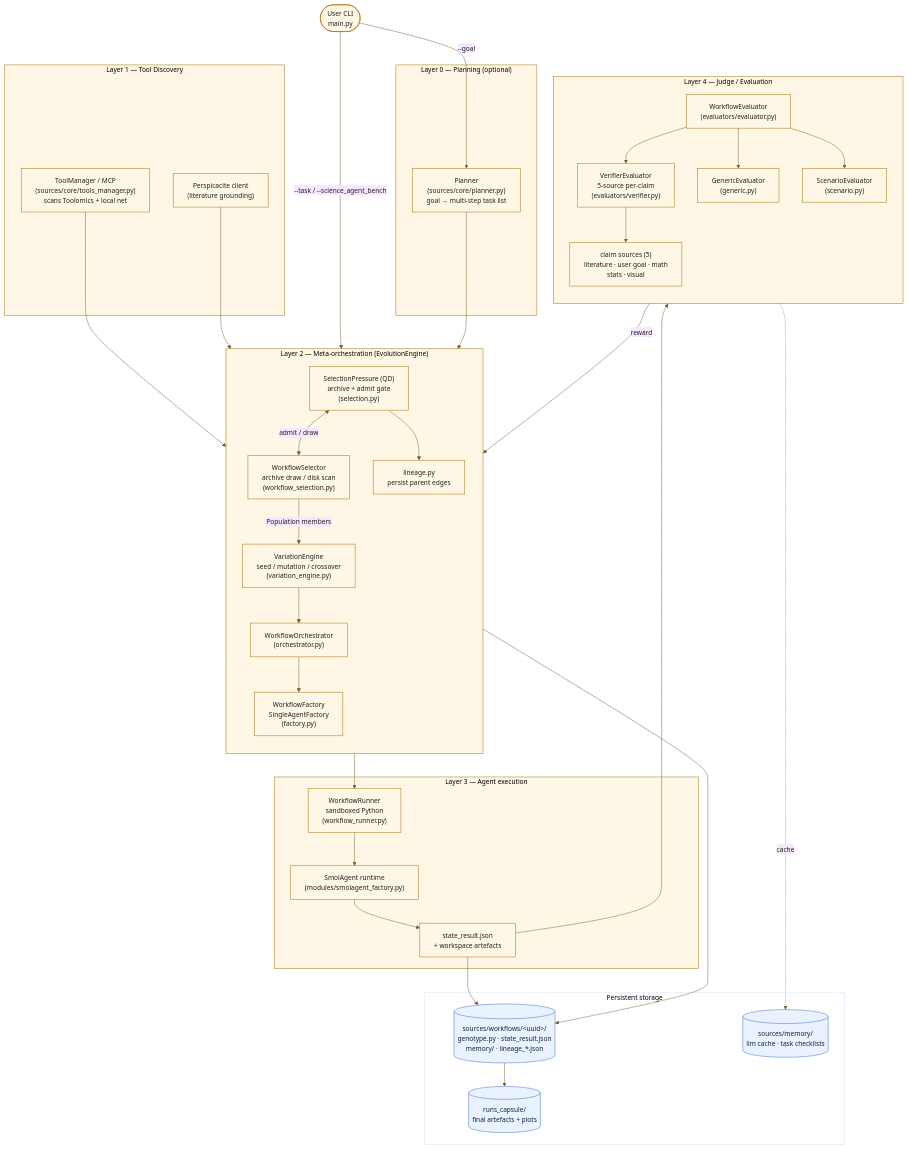
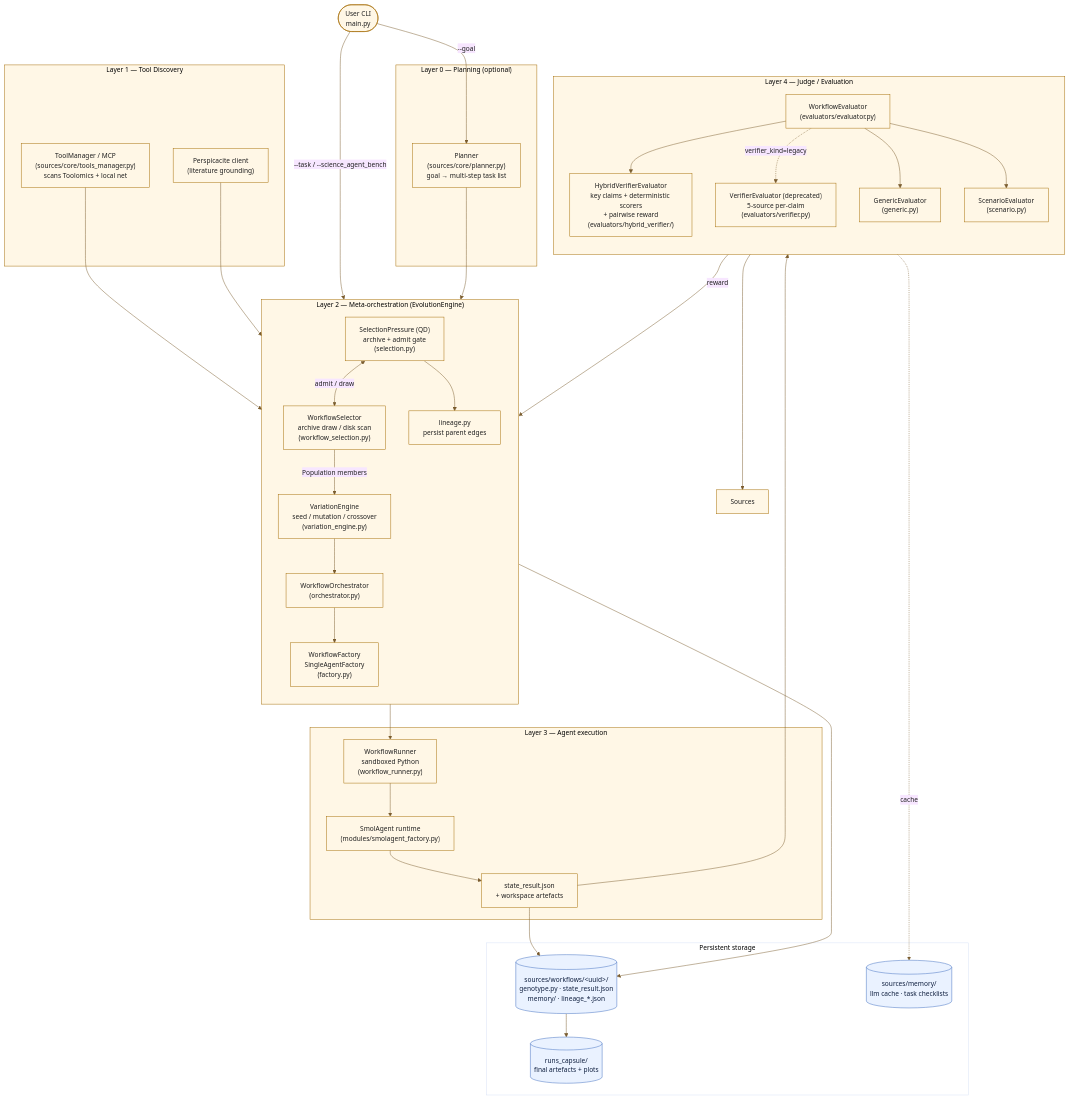
One commit to HolobiomicsLab/Mimosa-AI changed the diagram in docs/diagrams/architecture_overall.mermaid. Above: the diagram before and after it, drawn with Mermaid. The commit also changed 227 other files, not shown here.

```diff
--- a/docs/diagrams/architecture_overall.mermaid
+++ b/docs/diagrams/architecture_overall.mermaid
@@ -1,85 +1,86 @@
 %%{init: {"theme": "base", "themeVariables": {
   "primaryColor": "#FFF7E6",
   "primaryBorderColor": "#A36A00",
   "primaryTextColor": "#202020",
   "lineColor": "#7A5C2E",
   "fontSize": "14px"
 }} }%%
 flowchart TB
     %% =============== entry ===================================================
     User([User CLI<br/>main.py])
 
     subgraph L0["Layer 0 — Planning (optional)"]
         Planner["Planner<br/>(sources/core/planner.py)<br/>goal → multi-step task list"]
     end
 
     subgraph L1["Layer 1 — Tool Discovery"]
         Tools["ToolManager / MCP<br/>(sources/core/tools_manager.py)<br/>scans Toolomics + local net"]
         Persp["Perspicacite client<br/>(literature grounding)"]
     end
 
     subgraph L2["Layer 2 — Meta-orchestration (EvolutionEngine)"]
         direction TB
         ParentSel["WorkflowSelector<br/>archive draw / disk scan<br/>(workflow_selection.py)"]
         Selection["SelectionPressure (QD)<br/>archive + admit gate<br/>(selection.py)"]
         Variation["VariationEngine<br/>seed / mutation / crossover<br/>(variation_engine.py)"]
         Orch["WorkflowOrchestrator<br/>(orchestrator.py)"]
         Factory["WorkflowFactory<br/>SingleAgentFactory<br/>(factory.py)"]
         Lineage["lineage.py<br/>persist parent edges"]
     end
 
     subgraph L3["Layer 3 — Agent execution"]
         Runner["WorkflowRunner<br/>sandboxed Python<br/>(workflow_runner.py)"]
         Smol["SmolAgent runtime<br/>(modules/smolagent_factory.py)"]
         State["state_result.json<br/>+ workspace artefacts"]
     end
 
     subgraph L4["Layer 4 — Judge / Evaluation"]
         direction TB
         Eval["WorkflowEvaluator<br/>(evaluators/evaluator.py)"]
-        Verifier["VerifierEvaluator<br/>5-source per-claim<br/>(evaluators/verifier.py)"]
-        Sources["claim sources (5)<br/>literature · user goal · math<br/>stats · visual"]
+        Verifier["HybridVerifierEvaluator<br/>key claims + deterministic scorers<br/>+ pairwise reward<br/>(evaluators/hybrid_verifier/)"]
+        Legacy["VerifierEvaluator (deprecated)<br/>5-source per-claim<br/>(evaluators/verifier.py)"]
         Generic["GenericEvaluator<br/>(generic.py)"]
         Scenario["ScenarioEvaluator<br/>(scenario.py)"]
     end
 
     subgraph Storage["Persistent storage"]
         WFs[("sources/workflows/&lt;uuid&gt;/<br/>genotype.py · state_result.json<br/>memory/ · lineage_*.json")]
         Capsule[("runs_capsule/<br/>final artefacts + plots")]
         Cache[("sources/memory/<br/>llm cache · task checklists")]
     end
 
     %% =============== flows ===================================================
     User -->|--goal| Planner
     User -->|--task / --science_agent_bench| L2
     Planner --> L2
 
     Tools --> Factory
     Persp --> Orch
 
     ParentSel -->|Population members| Variation
     Selection <-->|admit / draw| ParentSel
     Variation --> Orch
     Orch --> Factory
     Factory --> Runner
     Runner --> Smol
     Smol --> State
 
     State --> Eval
     Eval --> Verifier
     Verifier --> Sources
+    Eval -.verifier_kind=legacy.-> Legacy
     Eval --> Generic
     Eval --> Scenario
 
     Eval -- reward --> Selection
     Selection --> Lineage
     Lineage --> WFs
     State --> WFs
     WFs --> Capsule
     Eval -.cache.-> Cache
 
     %% =============== styling =================================================
     classDef layer fill:#FFF7E6,stroke:#A36A00,stroke-width:1px;
     classDef store fill:#EAF2FF,stroke:#3D6BBF,color:#102040;
     class L0,L1,L2,L3,L4 layer;
     class WFs,Capsule,Cache store;
```
